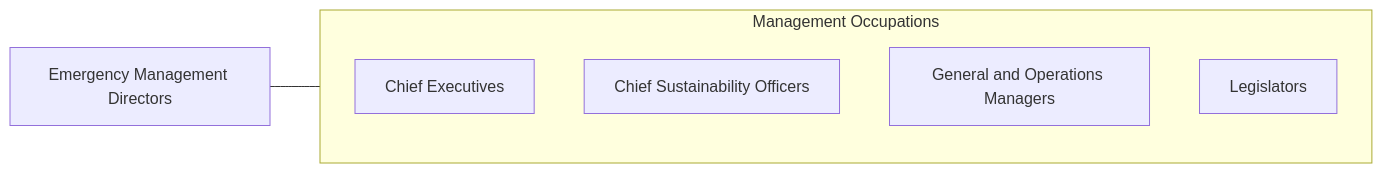
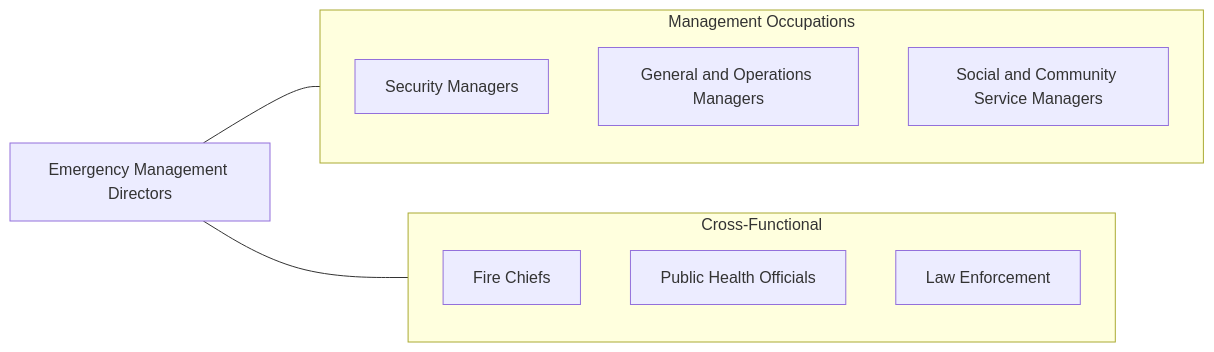
One commit to kziemski/business.org.ai changed the fourth of 4 diagrams in occupations/Management/EmergencyManagementDirectors.mdx. Above: the diagram before and after it, drawn with Mermaid. The commit also changed other lines of this file and 938 other files, not shown here.

````diff
--- a/occupations/Management/EmergencyManagementDirectors.mdx
+++ b/occupations/Management/EmergencyManagementDirectors.mdx
@@ -119,13 +168,19 @@
 ```mermaid
 graph LR
-    Current["Emergency Management Directors"]
+    EMD["Emergency Management Directors"]
 
     subgraph SameCategory["Management Occupations"]
-        ChiefExecutives["Chief Executives"]
-        ChiefSustainabilityO["Chief Sustainability Officers"]
-        GeneralAndOperations["General and Operations Managers"]
-        Legislators["Legislators"]
+        SM["Security Managers"]
+        GOps["General and Operations Managers"]
+        SCS["Social and Community Service Managers"]
     end
 
-    Current --- SameCategory
+    subgraph CrossFunctional["Cross-Functional"]
+        Fire["Fire Chiefs"]
+        PH["Public Health Officials"]
+        LE["Law Enforcement"]
+    end
+
+    EMD --- SameCategory
+    EMD --- CrossFunctional
 ```
````
